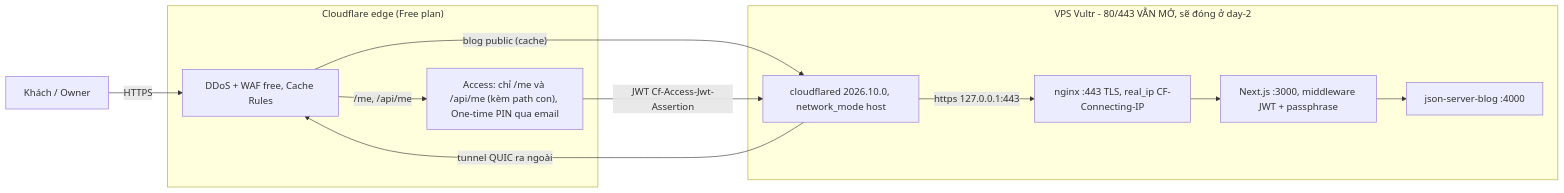
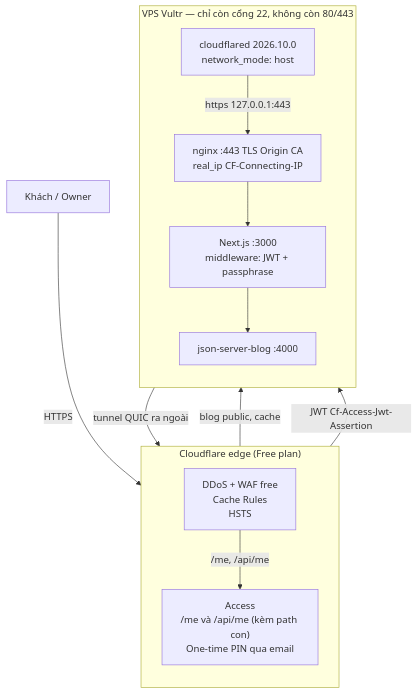
Before and after one commit to PinNguyen9x/pinit: the diagram in docs/cloudflare.md, drawn with Mermaid. The commit also changed other lines of this file, not shown here.

Commit message:
docs(deploy): sơ đồ sang TB và sửa trạng thái đã lỗi thời
Hai vấn đề trong cùng một khối.

SAI SỰ THẬT: nhãn subgraph vẫn ghi "80/443 VẪN MỞ, sẽ đóng ở day-2" và khối
trạng thái vẫn liệt kê đóng ufw / bỏ certbot / staging là "chưa làm" — cả ba
đã xong 09-10/10. Mốc 27/12/2026 cũng đã gỡ vì cert nay là Origin CA hạn 2041.

KHÓ ĐỌC: flowchart LR với 9 node cho viewBox 2549x225, tỉ lệ 11,3:1. Vừa khung
bài hay khung GitHub thì co còn ~70px cao, chữ vài pixel. TB cho 485x1150 —
rộng 485px là nhỏ hơn khung nên render kích thước thật, không co chút nào.

Thêm quy tắc vĩnh viễn sau HSTS vào khối trạng thái: mọi rollback phải Proxied,
vì cảnh báo cert giờ không bỏ qua được mà cert origin chỉ Cloudflare tin.

````diff
--- a/docs/cloudflare.md
+++ b/docs/cloudflare.md
@@ -20,22 +24,24 @@
 ```mermaid
-flowchart LR
+flowchart TB
   U["Khách / Owner"]
   subgraph CF["Cloudflare edge (Free plan)"]
-    E["DDoS + WAF free, Cache Rules"]
-    A["Access: chỉ /me và /api/me (kèm path con), One-time PIN qua email"]
+    direction TB
+    E["DDoS + WAF free<br/>Cache Rules<br/>HSTS"]
+    A["Access<br/>/me và /api/me (kèm path con)<br/>One-time PIN qua email"]
   end
-  subgraph VPS["VPS Vultr - 80/443 VẪN MỞ, sẽ đóng ở day-2"]
-    CD["cloudflared 2026.10.0, network_mode host"]
-    N["nginx :443 TLS, real_ip CF-Connecting-IP"]
-    W["Next.js :3000, middleware JWT + passphrase"]
+  subgraph VPS["VPS Vultr — chỉ còn cổng 22, không còn 80/443"]
+    direction TB
+    CD["cloudflared 2026.10.0<br/>network_mode: host"]
+    N["nginx :443 TLS Origin CA<br/>real_ip CF-Connecting-IP"]
+    W["Next.js :3000<br/>middleware: JWT + passphrase"]
     J["json-server-blog :4000"]
   end
   U -->|HTTPS| E
   E -->|"/me, /api/me"| A
-  E -->|"blog public (cache)"| CD
+  E -->|"blog public, cache"| CD
   A -->|"JWT Cf-Access-Jwt-Assertion"| CD
   CD -->|"tunnel QUIC ra ngoài"| E
   CD -->|"https 127.0.0.1:443"| N
   N --> W
   W --> J
 ```
````
